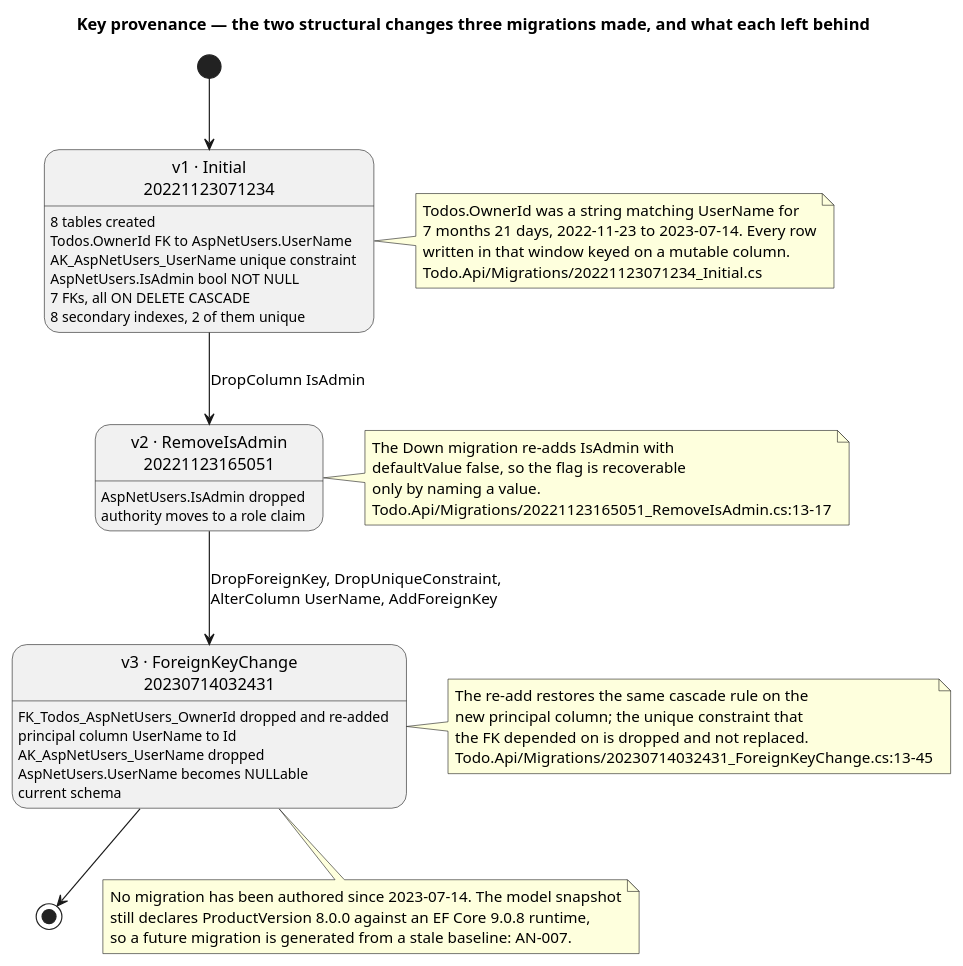
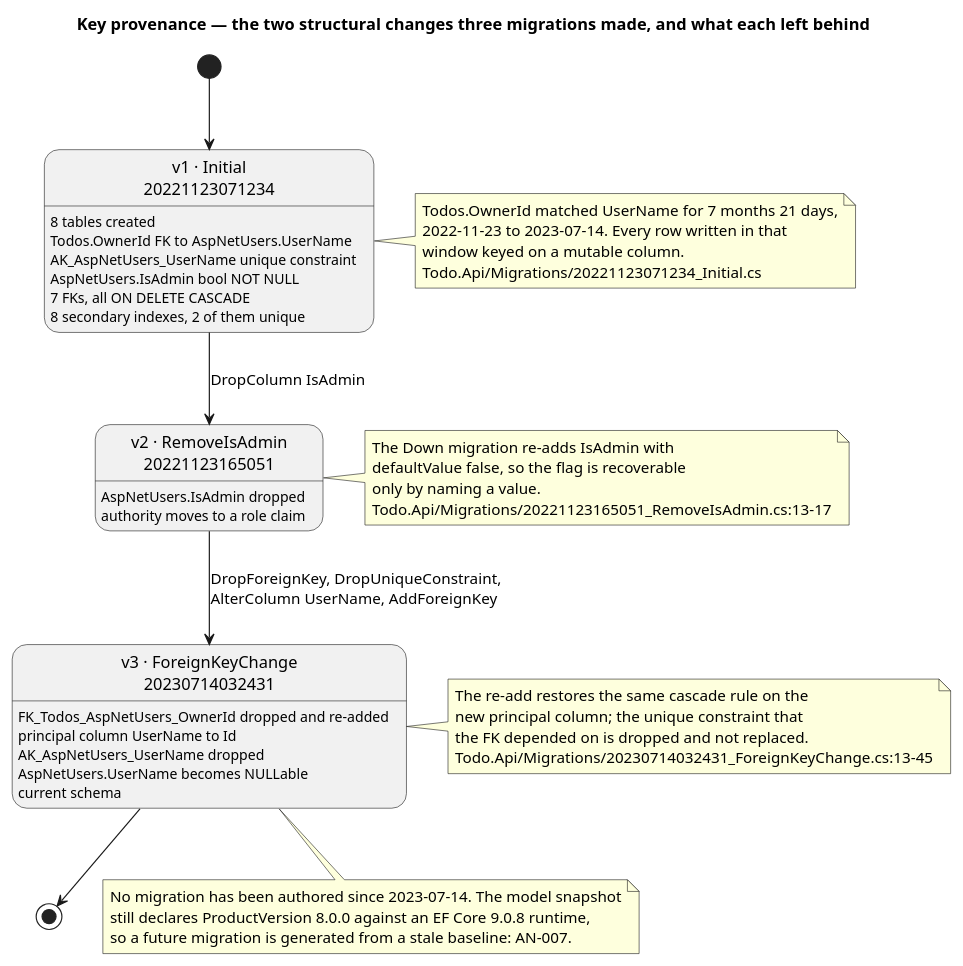
One commit to banense-test/TodoApp changed the seventh of 7 diagrams in docs/artifacts/analysis---design/design-model.md. Above: the diagram before and after it, drawn with PlantUML. The commit also changed other lines of this file, not shown here.

````diff
--- a/docs/artifacts/analysis---design/design-model.md
+++ b/docs/artifacts/analysis---design/design-model.md
@@ -829,59 +830,59 @@
 ```plantuml
 @startuml
 title Key provenance — the two structural changes three migrations made, and what each left behind
 skinparam shadowing false
 skinparam defaultTextAlignment left
 
 state "v1 · Initial\n20221123071234" as V1 {
   V1 : 8 tables created
   V1 : Todos.OwnerId FK to AspNetUsers.UserName
   V1 : AK_AspNetUsers_UserName unique constraint
   V1 : AspNetUsers.IsAdmin bool NOT NULL
   V1 : 7 FKs, all ON DELETE CASCADE
   V1 : 8 secondary indexes, 2 of them unique
 }
 state "v2 · RemoveIsAdmin\n20221123165051" as V2 {
   V2 : AspNetUsers.IsAdmin dropped
   V2 : authority moves to a role claim
 }
 state "v3 · ForeignKeyChange\n20230714032431" as V3 {
   V3 : FK_Todos_AspNetUsers_OwnerId dropped and re-added
   V3 : principal column UserName to Id
   V3 : AK_AspNetUsers_UserName dropped
   V3 : AspNetUsers.UserName becomes NULLable
   V3 : current schema
 }
 
 [*] --> V1
 V1 --> V2 : DropColumn IsAdmin
 V2 --> V3 : DropForeignKey, DropUniqueConstraint,\nAlterColumn UserName, AddForeignKey
 V3 --> [*]
 
 note right of V1
-  Todos.OwnerId was a string matching UserName for
-  7 months 21 days, 2022-11-23 to 2023-07-14. Every row
-  written in that window keyed on a mutable column.
+  Todos.OwnerId matched UserName for 7 months 21 days,
+  2022-11-23 to 2023-07-14. Every row written in that
+  window keyed on a mutable column.
   Todo.Api/Migrations/20221123071234_Initial.cs
 end note
 
 note right of V2
   The Down migration re-adds IsAdmin with
   defaultValue false, so the flag is recoverable
   only by naming a value.
   Todo.Api/Migrations/20221123165051_RemoveIsAdmin.cs:13-17
 end note
 
 note right of V3
   The re-add restores the same cascade rule on the
   new principal column; the unique constraint that
   the FK depended on is dropped and not replaced.
   Todo.Api/Migrations/20230714032431_ForeignKeyChange.cs:13-45
 end note
 
 note bottom of V3
   No migration has been authored since 2023-07-14. The model snapshot
   still declares ProductVersion 8.0.0 against an EF Core 9.0.8 runtime,
   so a future migration is generated from a stale baseline: AN-007.
 end note
 @enduml
 ```
````
